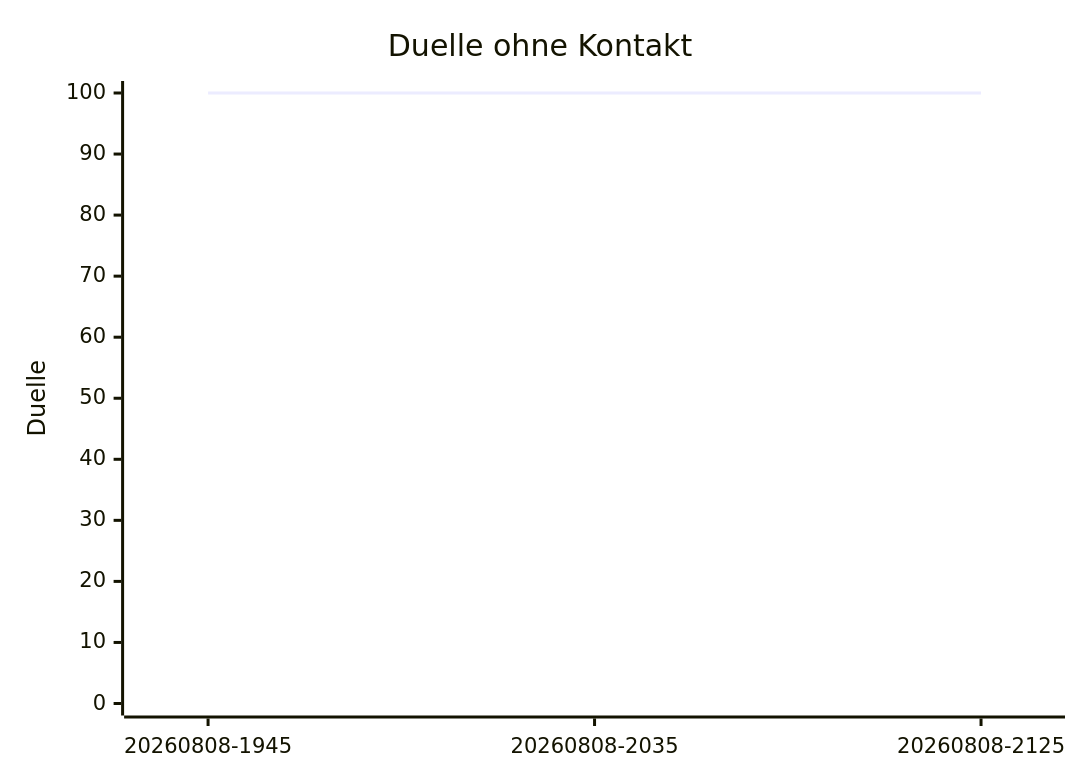
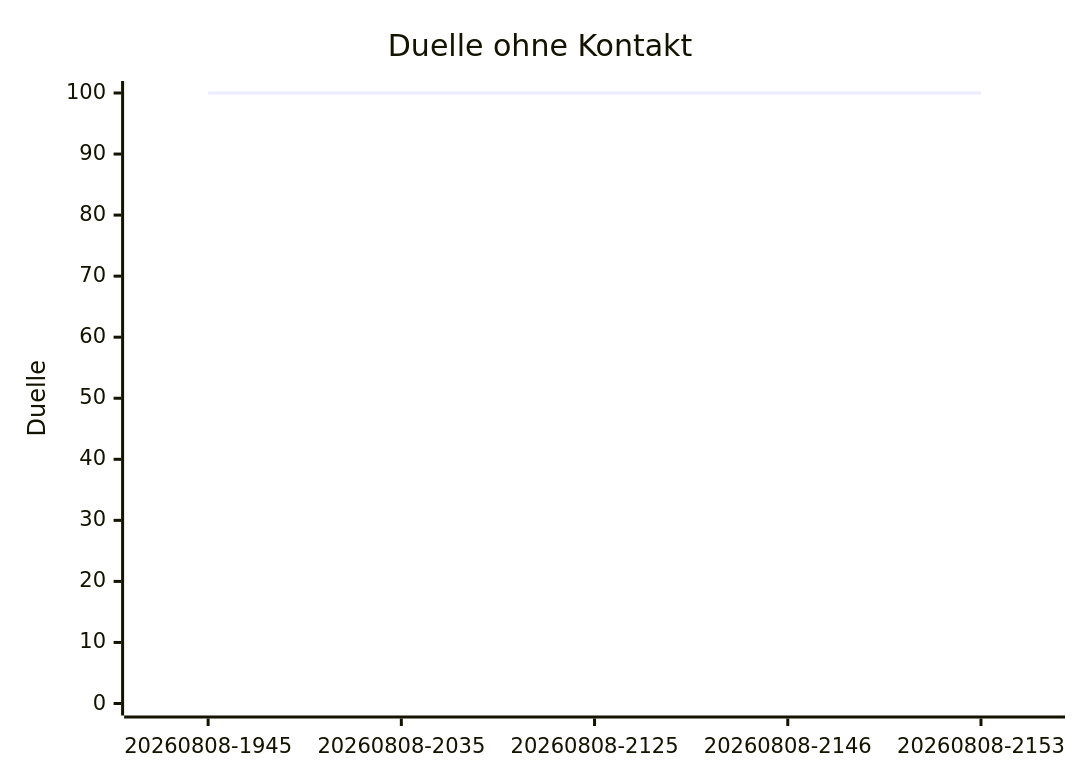
One commit to arn-c0de/Project_Nova changed the second of 3 diagrams in tools/Nova.AiLab/reports/README.md. Above: the diagram before and after it, drawn with Mermaid. The commit also changed other lines of this file and 24 other files, not shown here.

````diff
--- a/tools/Nova.AiLab/reports/README.md
+++ b/tools/Nova.AiLab/reports/README.md
@@ -57,7 +59,7 @@
 ```mermaid
 xychart-beta
     title "Duelle ohne Kontakt"
-    x-axis ["20260808-1945", "20260808-2035", "20260808-2125"]
+    x-axis ["20260808-1945", "20260808-2035", "20260808-2125", "20260808-2146", "20260808-2153"]
     y-axis "Duelle" 0 --> 100
-    line [100, 100, 100]
+    line [100, 100, 100, 100, 100]
 ```
````
